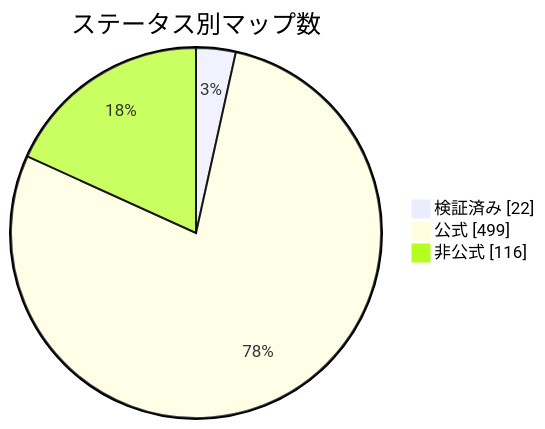
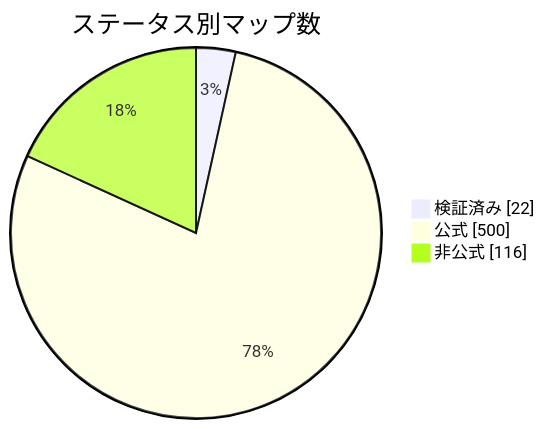
Before and after one commit to nobrega8/mbmap-library: the diagram in docs/readme/README_JP.md, drawn with Mermaid. The commit also changed 6 other files, not shown here.

````diff
--- a/docs/readme/README_JP.md
+++ b/docs/readme/README_JP.md
@@ -54,7 +54,7 @@
 ```mermaid
 pie showData
     title ステータス別マップ数
     "検証済み" : 22
-    "公式" : 499
+    "公式" : 500
     "非公式" : 116
 ```
````
